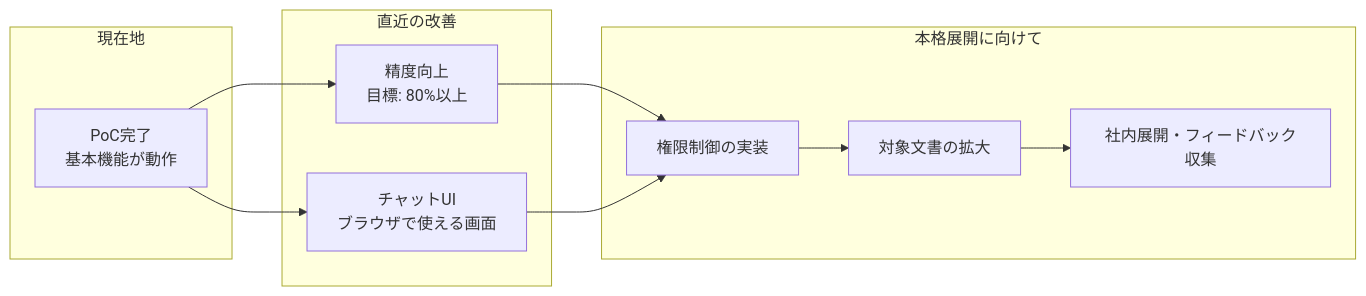
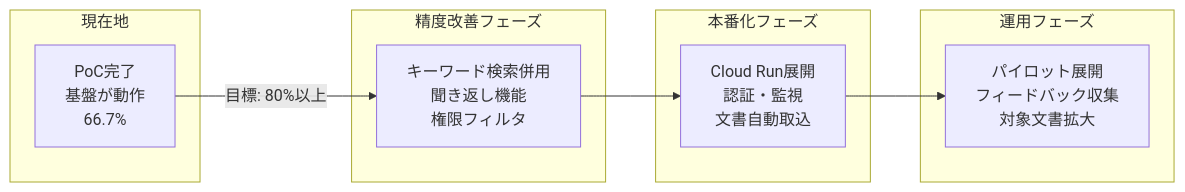
Before and after one commit to ishimori/poc_rag_gcp_public: the sixth of 6 diagrams in doc/presentation/20260320/project-overview.md, drawn with Mermaid. The commit also changed other lines of this file and 8 other files, not shown here.

````diff
--- a/doc/presentation/20260320/project-overview.md
+++ b/doc/presentation/20260320/project-overview.md
@@ -187,24 +279,22 @@
 ```mermaid
 graph LR
     subgraph "現在地"
-        A[PoC完了<br/>基本機能が動作]
+        A[PoC完了<br/>基盤が動作<br/>66.7%]
     end
 
-    subgraph "直近の改善"
-        B[精度向上<br/>目標: 80%以上]
-        C[チャットUI<br/>ブラウザで使える画面]
+    subgraph "精度改善フェーズ"
+        B[キーワード検索併用<br/>聞き返し機能<br/>権限フィルタ]
     end
 
-    subgraph "本格展開に向けて"
-        D[権限制御の実装]
-        E[対象文書の拡大]
-        F[社内展開・フィードバック収集]
+    subgraph "本番化フェーズ"
+        C[Cloud Run展開<br/>認証・監視<br/>文書自動取込]
     end
 
-    A --> B
-    A --> C
-    B --> D
+    subgraph "運用フェーズ"
+        D[パイロット展開<br/>フィードバック収集<br/>対象文書拡大]
+    end
+
+    A -->|目標: 80%以上| B
+    B --> C
     C --> D
-    D --> E
-    E --> F
 ```
````
